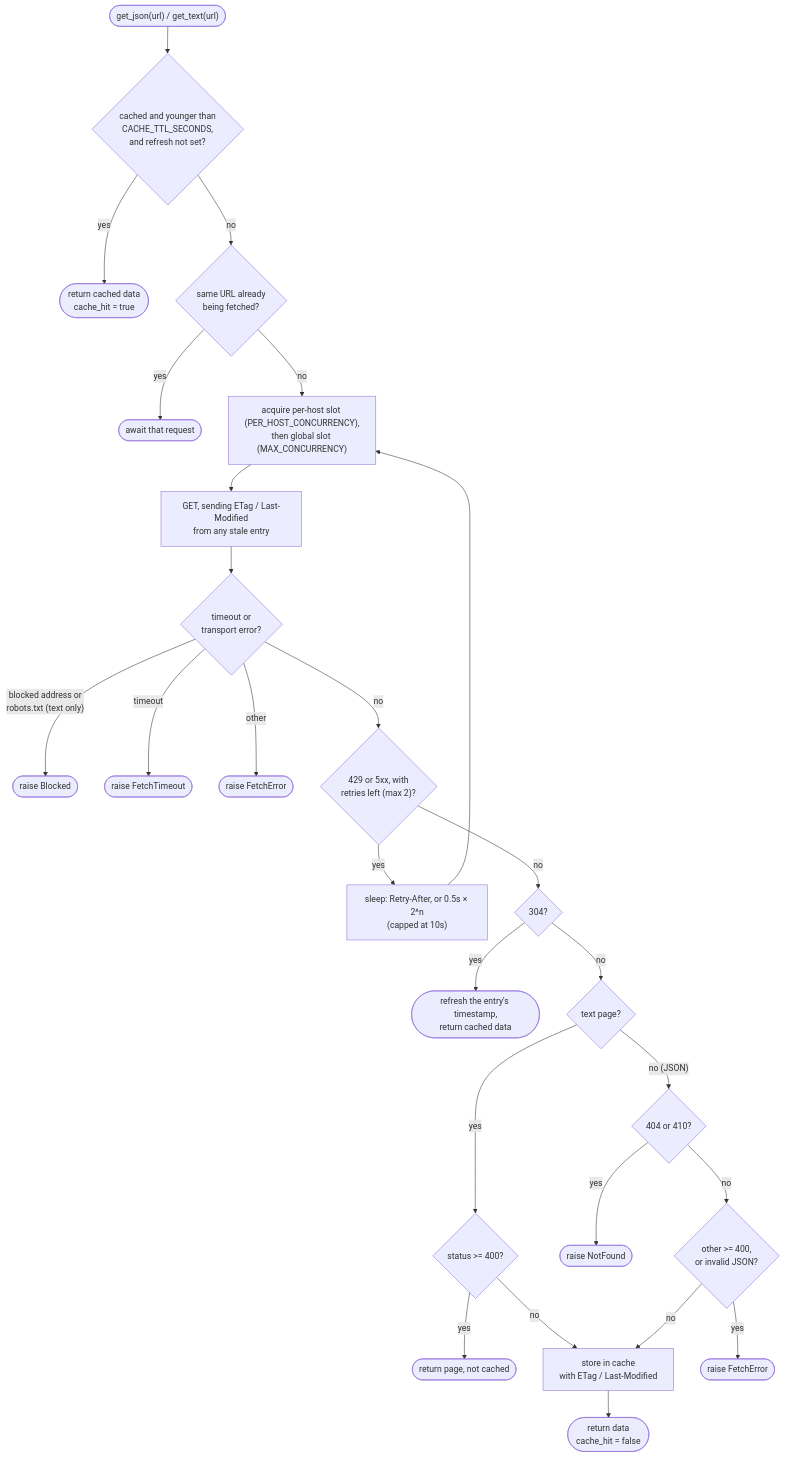
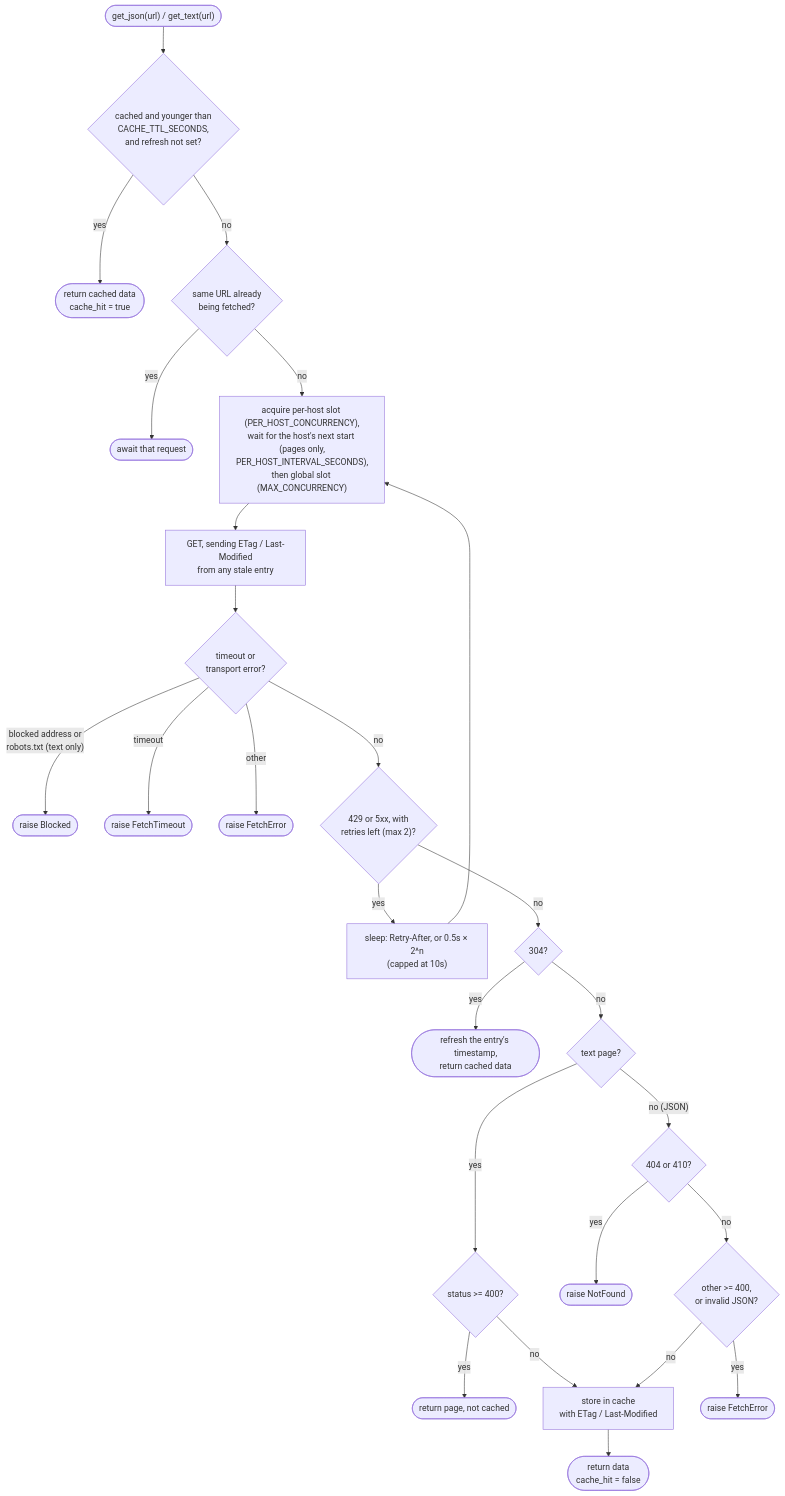
Before and after one commit to HakujouRyu/jobboard-mcp: the fourth of 7 diagrams in docs/architecture.md, drawn with Mermaid. The commit also changed other lines of this file and 6 other files, not shown here.

````diff
--- a/docs/architecture.md
+++ b/docs/architecture.md
@@ -176,27 +176,27 @@
 ```mermaid
 flowchart TD
     start(["get_json(url) / get_text(url)"]) --> fresh{"cached and younger than<br/>CACHE_TTL_SECONDS,<br/>and refresh not set?"}
     fresh -- yes --> hit(["return cached data<br/>cache_hit = true"])
     fresh -- no --> inflight{"same URL already<br/>being fetched?"}
     inflight -- yes --> join(["await that request"])
-    inflight -- no --> slots["acquire per-host slot (PER_HOST_CONCURRENCY),<br/>then global slot (MAX_CONCURRENCY)"]
+    inflight -- no --> slots["acquire per-host slot (PER_HOST_CONCURRENCY),<br/>wait for the host's next start (pages only,<br/>PER_HOST_INTERVAL_SECONDS),<br/>then global slot (MAX_CONCURRENCY)"]
     slots --> send["GET, sending ETag / Last-Modified<br/>from any stale entry"]
     send --> exc{"timeout or<br/>transport error?"}
     exc -- "blocked address or<br/>robots.txt (text only)" --> fb(["raise Blocked"])
     exc -- timeout --> ft(["raise FetchTimeout"])
     exc -- other --> fe(["raise FetchError"])
     exc -- no --> retry{"429 or 5xx, with<br/>retries left (max 2)?"}
     retry -- yes --> wait["sleep: Retry-After, or 0.5s × 2^n<br/>(capped at 10s)"] --> slots
     retry -- no --> s304{"304?"}
     s304 -- yes --> renew(["refresh the entry's timestamp,<br/>return cached data"])
     s304 -- no --> kind{"text page?"}
     kind -- yes --> page{"status >= 400?"}
     page -- yes --> nocache(["return page, not cached"])
     page -- no --> store
     kind -- "no (JSON)" --> j404{"404 or 410?"}
     j404 -- yes --> nf(["raise NotFound"])
     j404 -- no --> j4xx{"other >= 400,<br/>or invalid JSON?"}
     j4xx -- yes --> fe2(["raise FetchError"])
     j4xx -- no --> store["store in cache<br/>with ETag / Last-Modified"]
     store --> done(["return data<br/>cache_hit = false"])
 ```
````
